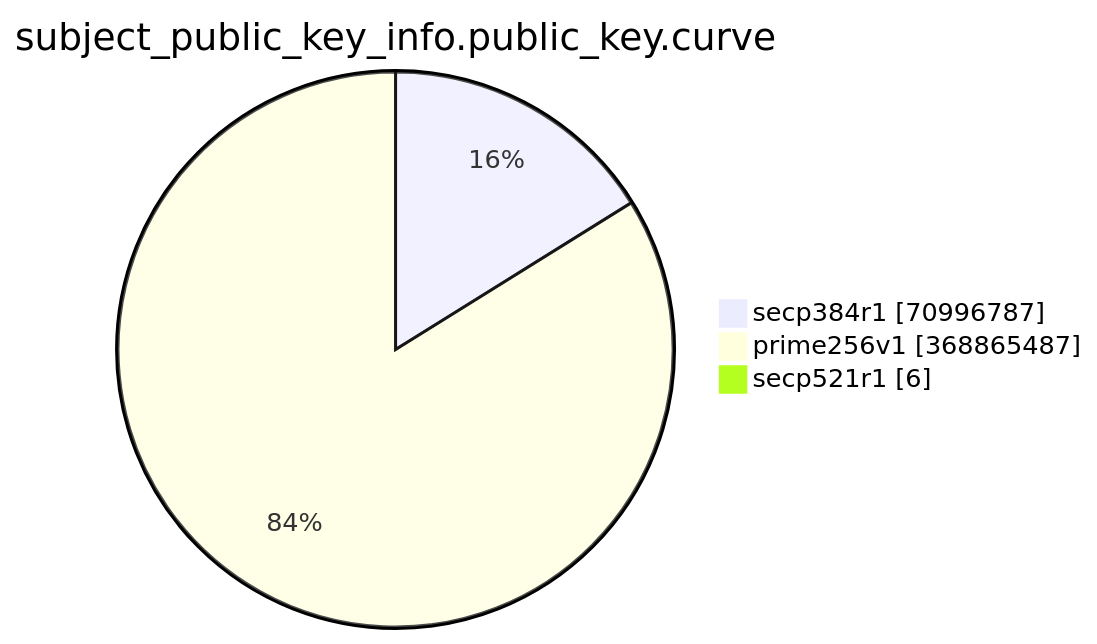
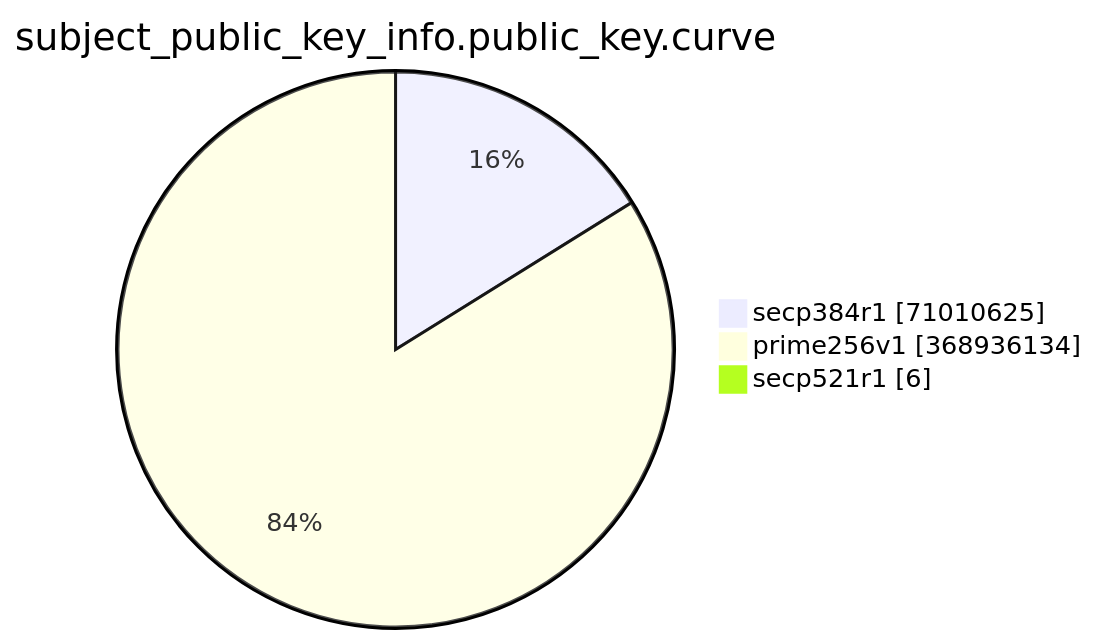
One commit to christiankrug/ctmonitor_visualization changed the eighth of 15 diagrams in TOTAL/README.md. Above: the diagram before and after it, drawn with Mermaid. The commit also changed other lines of this file, not shown here.

````diff
--- a/TOTAL/README.md
+++ b/TOTAL/README.md
@@ -3094,7 +3094,7 @@
 ```mermaid
 pie showData
 title subject_public_key_info.public_key.curve
-"secp384r1" :70996787
-"prime256v1" :368865487
+"secp384r1" :71010625
+"prime256v1" :368936134
 "secp521r1" :6
 ```
````
